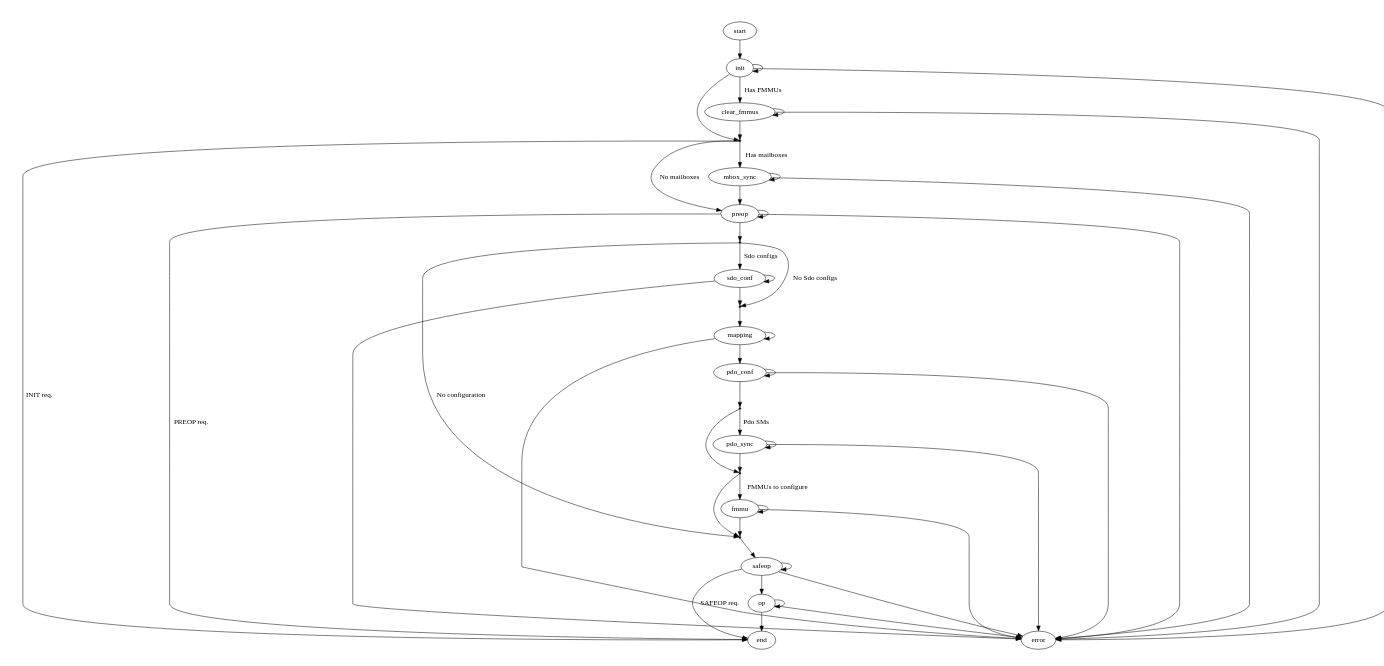
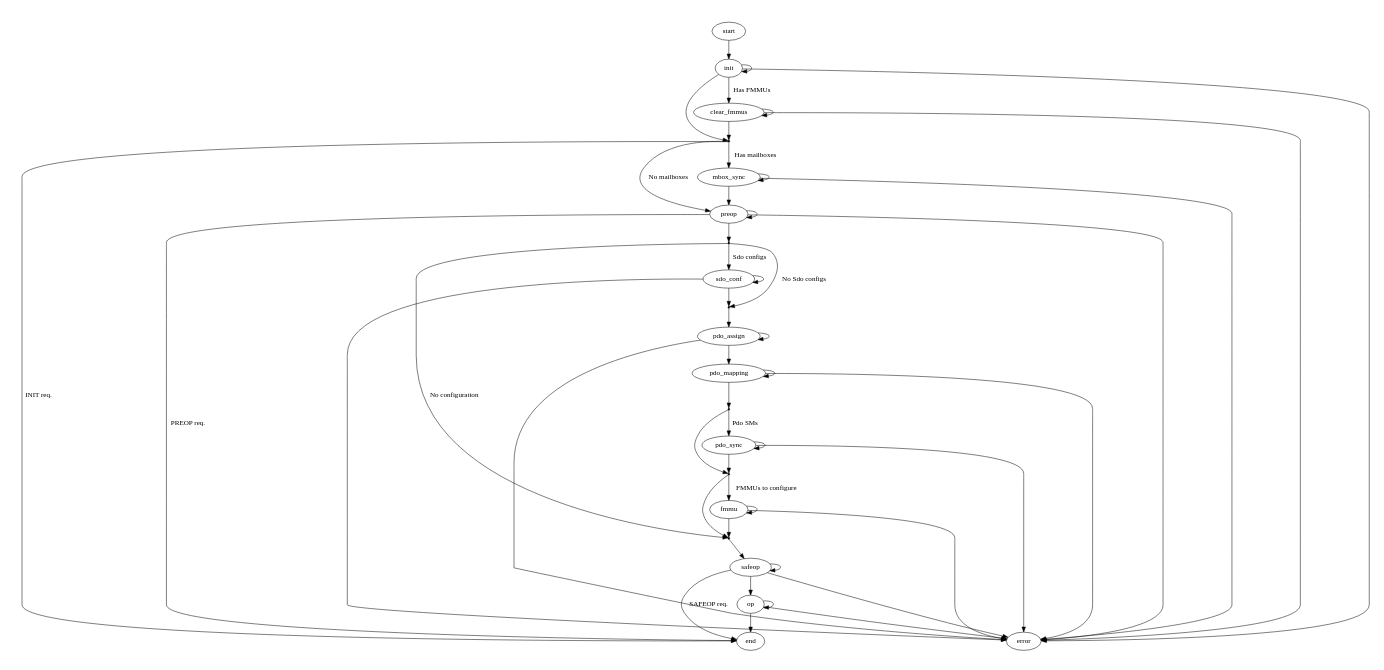
Before and after one commit to ribalda/ethercat: the diagram in documentation/graphs/fsm_slave_conf.dot, drawn with Graphviz. The commit also changed 27 other files, not shown here.

Commit message:
Changed terms "Pdo mapping" -> "Pdo assignment" and "Pdo configuration" -> "Pdo mapping"; created ecrt_slave_config_pdo_assign_clear() and ecrt_slave_config_pdo_mapping_clear().

```diff
--- a/documentation/graphs/fsm_slave_conf.dot
+++ b/documentation/graphs/fsm_slave_conf.dot
@@ -1,65 +1,65 @@
 
 /* $Id$ */
 
 digraph slaveconf {
     size="7,9"
     center=1
 	ratio=fill
 
     enter_mbox_sync [shape=point,label=""]
     enter_fmmu [shape=point,label=""]
     enter_sdo_conf [shape=point,label=""]
-    enter_mapping [shape=point,label=""]
+    enter_pdo_assign [shape=point,label=""]
     enter_pdo_sync [shape=point,label=""]
     enter_safeop [shape=point,label=""]
 
     start -> init [weight=10]
     init -> init
     init -> error
     init -> enter_mbox_sync
     init -> clear_fmmus [label="Has FMMUs", weight=10]
     clear_fmmus -> clear_fmmus
     clear_fmmus -> error
     clear_fmmus -> enter_mbox_sync [weight=10]
     enter_mbox_sync -> end [label="INIT req."]
     enter_mbox_sync -> preop [label="No mailboxes"]
     enter_mbox_sync -> mbox_sync [label="Has mailboxes", weight=10]
     mbox_sync -> mbox_sync
     mbox_sync -> error
     mbox_sync -> preop [weight=10]
     preop -> preop
     preop -> error
     preop -> end [label="PREOP req."]
     preop -> enter_sdo_conf [weight=10]
     enter_sdo_conf -> enter_safeop [label="No configuration"]
-    enter_sdo_conf -> enter_mapping [label="No Sdo configs"]
+    enter_sdo_conf -> enter_pdo_assign [label="No Sdo configs"]
     enter_sdo_conf -> sdo_conf [label="Sdo configs", weight=10]
     sdo_conf -> sdo_conf
     sdo_conf -> error
-    sdo_conf -> enter_mapping [weight=10]
-    enter_mapping -> mapping [weight=10]
-    mapping -> mapping
-    mapping -> error
-    mapping -> pdo_conf [weight=10]
-    pdo_conf -> pdo_conf
-    pdo_conf -> error
-    pdo_conf -> enter_pdo_sync [weight=10]
+    sdo_conf -> enter_pdo_assign [weight=10]
+    enter_pdo_assign -> pdo_assign [weight=10]
+    pdo_assign -> pdo_assign
+    pdo_assign -> error
+    pdo_assign -> pdo_mapping [weight=10]
+    pdo_mapping -> pdo_mapping
+    pdo_mapping -> error
+    pdo_mapping -> enter_pdo_sync [weight=10]
     enter_pdo_sync -> pdo_sync [label="Pdo SMs", weight=10]
     enter_pdo_sync -> enter_fmmu
     pdo_sync -> pdo_sync
     pdo_sync -> error
     pdo_sync -> enter_fmmu [weight=10]
     enter_fmmu -> enter_safeop
     enter_fmmu -> fmmu [label="FMMUs to configure", weight=10]
     fmmu -> fmmu
     fmmu -> error
     fmmu -> enter_safeop [weight=10]
     enter_safeop -> safeop
     safeop -> safeop
     safeop -> error
     safeop -> end [label="SAFEOP req."]
     safeop -> op [weight=10]
     op -> op
     op -> error
     op -> end [weight=10]
 }
```
